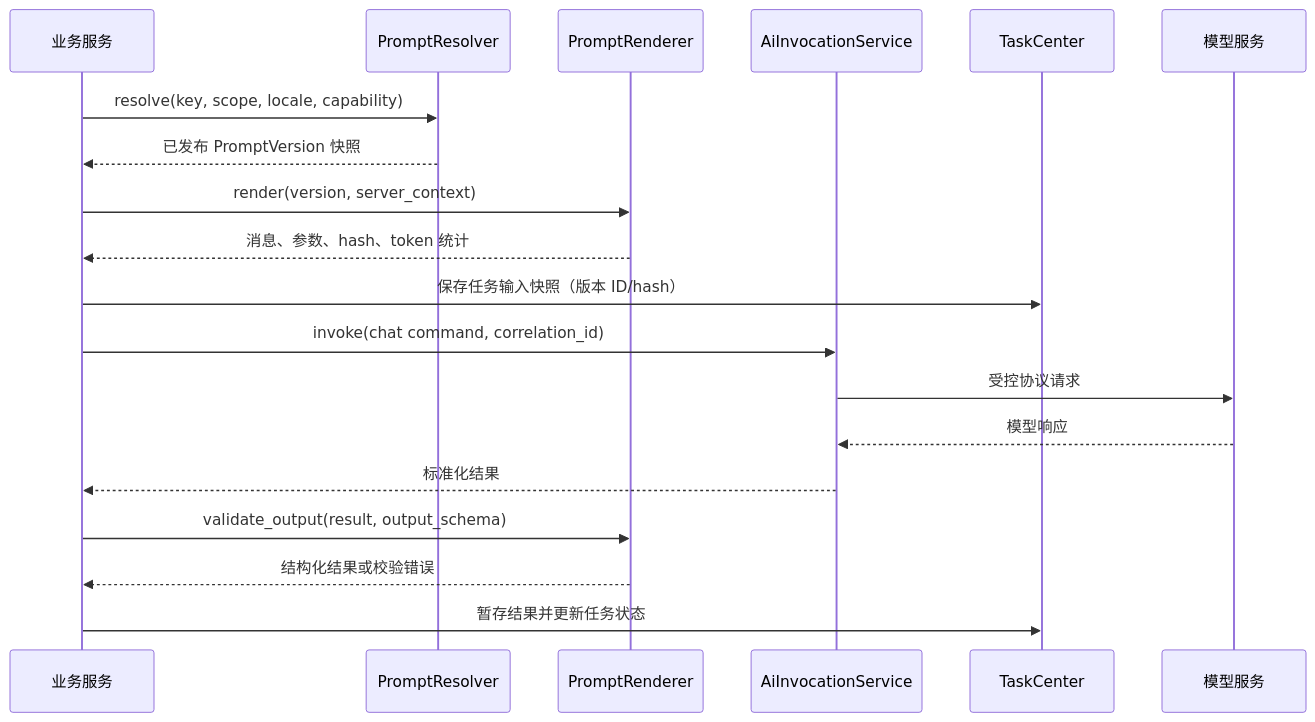
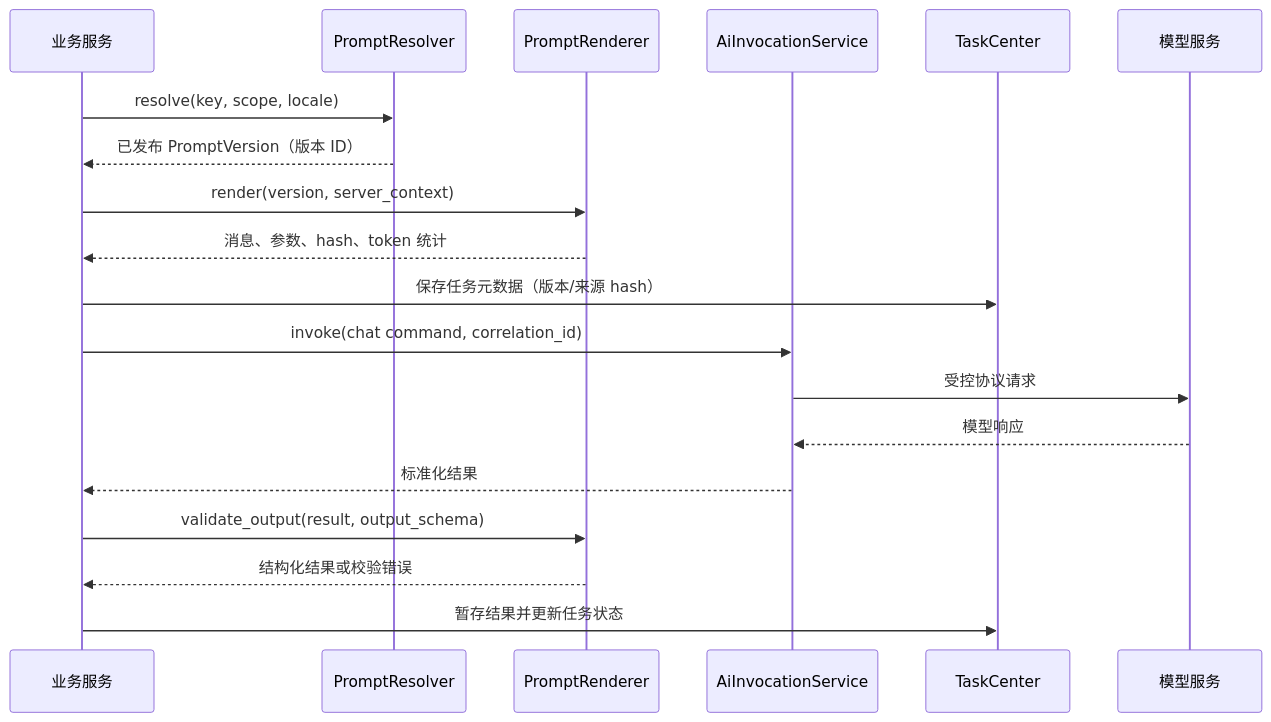
One commit to FOXBALL-ONE/video changed the diagram in docs/AI_PROMPT_MANAGEMENT_DESIGN.md. Above: the diagram before and after it, drawn with Mermaid. The commit also changed other lines of this file and 27 other files, not shown here.

````diff
--- a/docs/AI_PROMPT_MANAGEMENT_DESIGN.md
+++ b/docs/AI_PROMPT_MANAGEMENT_DESIGN.md
@@ -304,22 +342,22 @@
 ```mermaid
 sequenceDiagram
     participant B as 业务服务
     participant R as PromptResolver
     participant V as PromptRenderer
     participant I as AiInvocationService
     participant T as TaskCenter
     participant M as 模型服务
 
-    B->>R: resolve(key, scope, locale, capability)
-    R-->>B: 已发布 PromptVersion 快照
+    B->>R: resolve(key, scope, locale)
+    R-->>B: 已发布 PromptVersion（版本 ID）
     B->>V: render(version, server_context)
     V-->>B: 消息、参数、hash、token 统计
-    B->>T: 保存任务输入快照（版本 ID/hash）
+    B->>T: 保存任务元数据（版本/来源 hash）
     B->>I: invoke(chat command, correlation_id)
     I->>M: 受控协议请求
     M-->>I: 模型响应
     I-->>B: 标准化结果
     B->>V: validate_output(result, output_schema)
     V-->>B: 结构化结果或校验错误
     B->>T: 暂存结果并更新任务状态
 ```
````
